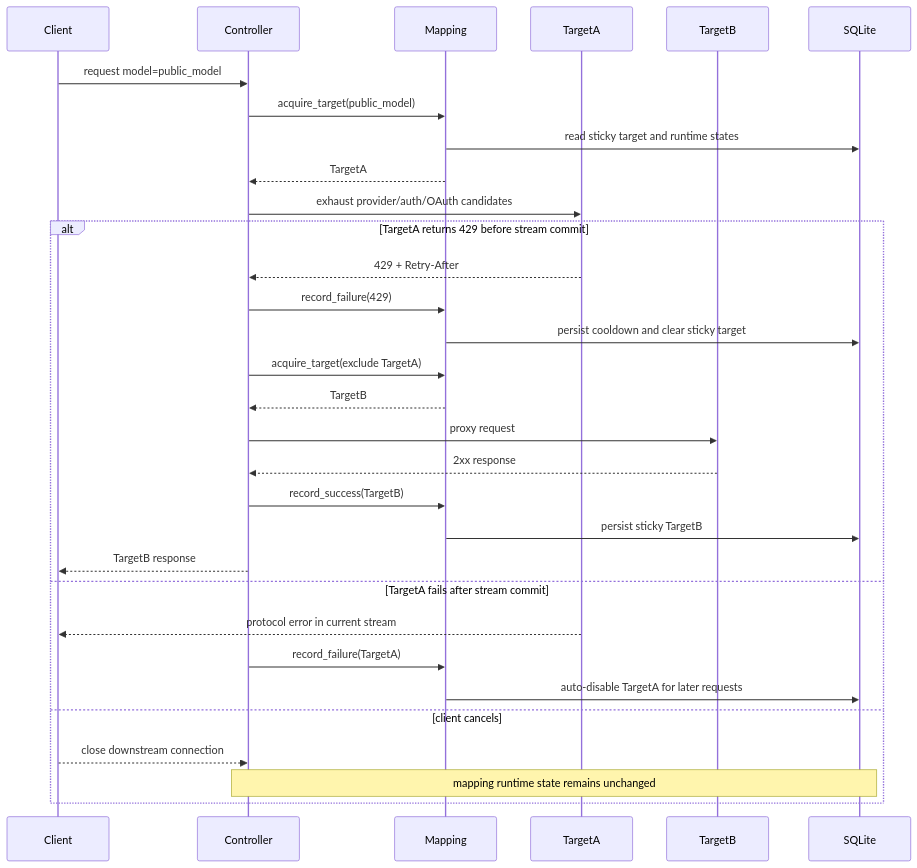
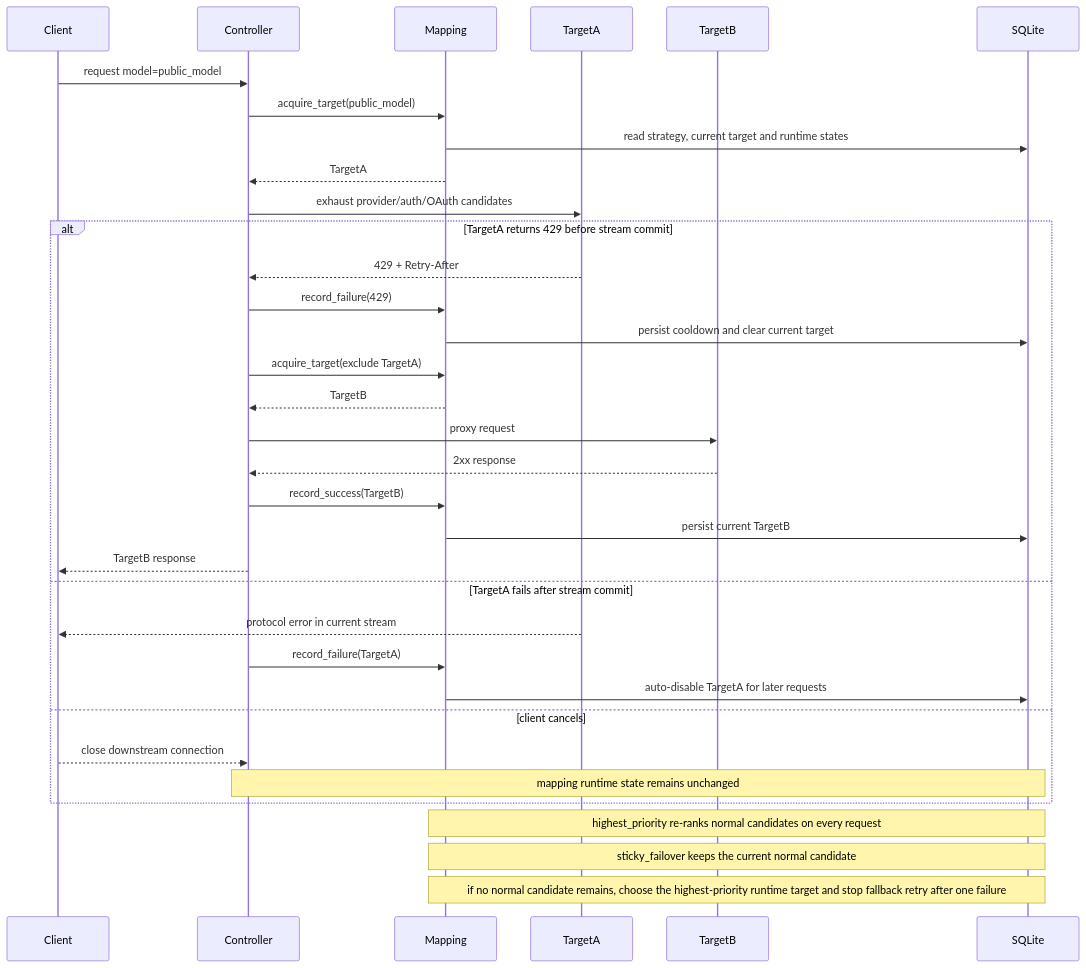
The fifth of 5 diagrams in docs/architecture-4plus1.md (VonSdite/LLM_Proxy), drawn with Mermaid before and after one commit. The commit also changed other lines of this file and 17 other files, not shown here.

````diff
--- a/docs/architecture-4plus1.md
+++ b/docs/architecture-4plus1.md
@@ -1212,34 +1218,37 @@
 ```mermaid
 sequenceDiagram
     participant Client
     participant Controller
     participant Mapping
     participant TargetA
     participant TargetB
     participant SQLite
 
     Client->>Controller: request model=public_model
     Controller->>Mapping: acquire_target(public_model)
-    Mapping->>SQLite: read sticky target and runtime states
+    Mapping->>SQLite: read strategy, current target and runtime states
     Mapping-->>Controller: TargetA
     Controller->>TargetA: exhaust provider/auth/OAuth candidates
     alt TargetA returns 429 before stream commit
         TargetA-->>Controller: 429 + Retry-After
         Controller->>Mapping: record_failure(429)
-        Mapping->>SQLite: persist cooldown and clear sticky target
+        Mapping->>SQLite: persist cooldown and clear current target
         Controller->>Mapping: acquire_target(exclude TargetA)
         Mapping-->>Controller: TargetB
         Controller->>TargetB: proxy request
         TargetB-->>Controller: 2xx response
         Controller->>Mapping: record_success(TargetB)
-        Mapping->>SQLite: persist sticky TargetB
+        Mapping->>SQLite: persist current TargetB
         Controller-->>Client: TargetB response
     else TargetA fails after stream commit
         TargetA-->>Client: protocol error in current stream
         Controller->>Mapping: record_failure(TargetA)
         Mapping->>SQLite: auto-disable TargetA for later requests
     else client cancels
         Client-->>Controller: close downstream connection
         Note over Controller,SQLite: mapping runtime state remains unchanged
     end
+    Note over Mapping,SQLite: highest_priority re-ranks normal candidates on every request
+    Note over Mapping,SQLite: sticky_failover keeps the current normal candidate
+    Note over Mapping,SQLite: if no normal candidate remains, choose the highest-priority runtime target and stop fallback retry after one failure
 ```
````
